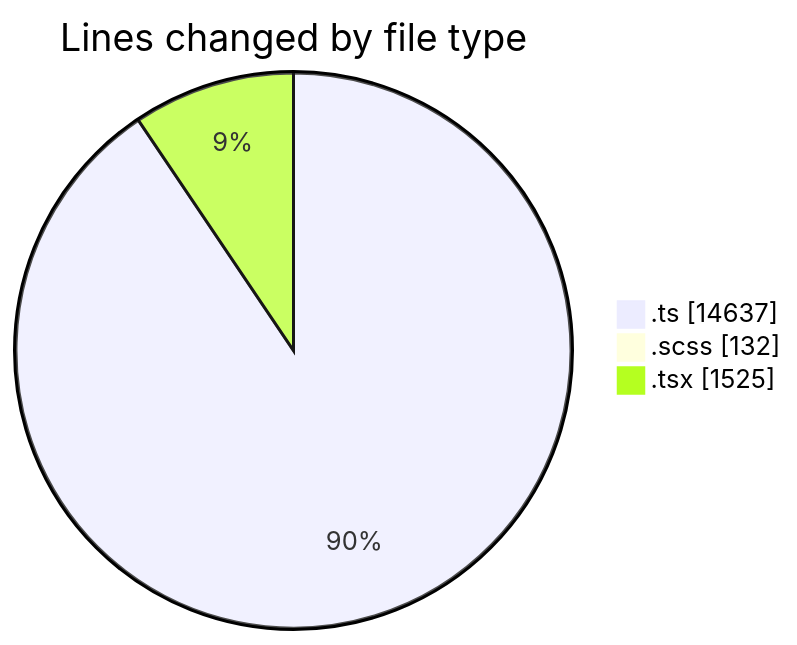
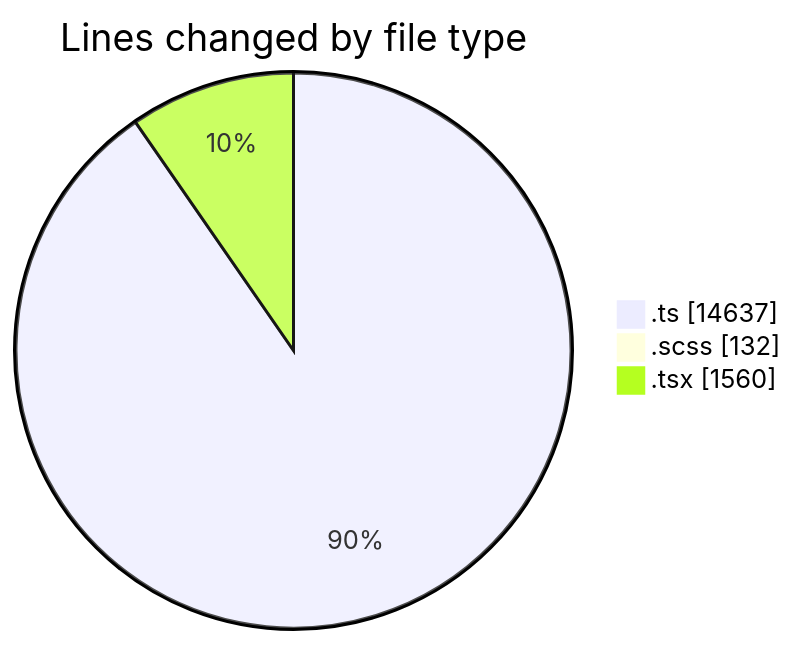
One commit to momahboobian/code-tracking changed the first of 2 diagrams in 2025-08-27/cda/README.md. Above: the diagram before and after it, drawn with Mermaid. The commit also changed other lines of this file and 1 other file, not shown here.

````diff
--- a/2025-08-27/cda/README.md
+++ b/2025-08-27/cda/README.md
@@ -27,7 +27,7 @@
 ```mermaid
 pie showData
 title Lines changed by file type
 ".ts" : 14637
 ".scss" : 132
-".tsx" : 1525
+".tsx" : 1560
 ```
````
